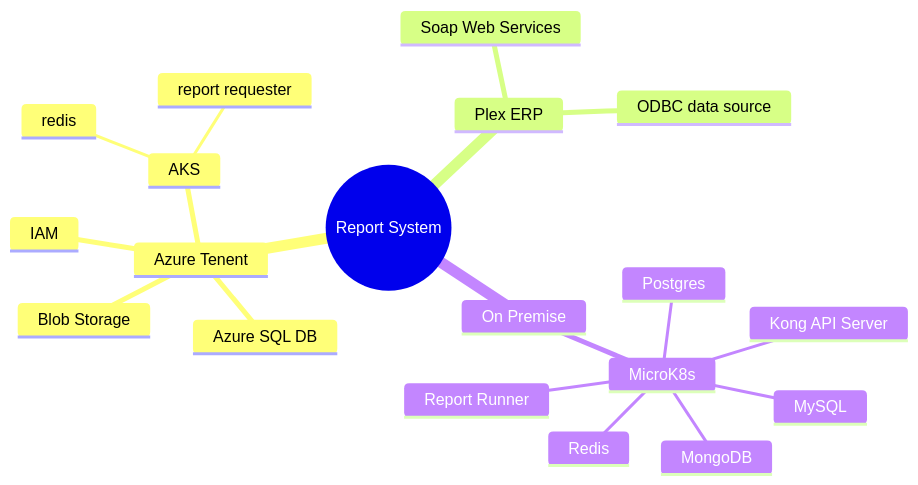
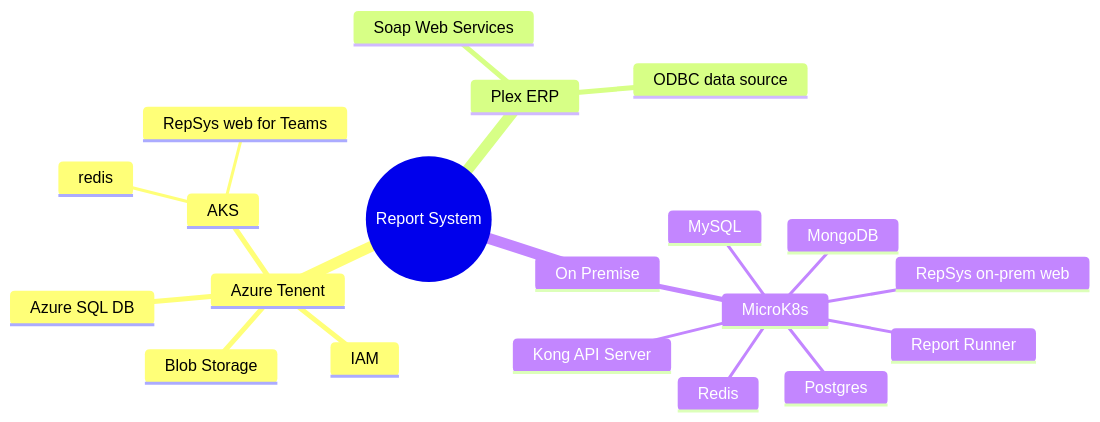
Before and after one commit to brentgroves/repsys: the diagram in development/report_system/all_sw_mindmap.md, drawn with Mermaid. The commit also changed 4 other files, not shown here.

````diff
--- a/development/report_system/all_sw_mindmap.md
+++ b/development/report_system/all_sw_mindmap.md
@@ -3,26 +3,27 @@
 ```mermaid
 mindmap
   root((Report System))
     Azure Tenent
       IAM
       Azure SQL DB
       ::icon(fa fa-book)
       Blob Storage
       AKS
         redis
-        report requester
+        RepSys web for Teams
     Plex ERP
       ::icon(fa fa-book)
       Soap Web Services
       ODBC data source
 
     On Premise
       MicroK8s
+        RepSys on-prem web
         Kong API Server
         MySQL
         Postgres
         MongoDB
         Redis
         Report Runner
 
 ```
````
